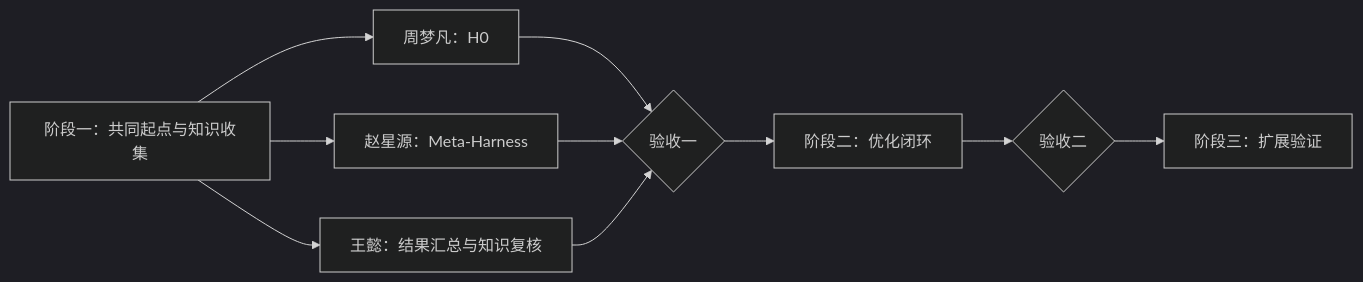
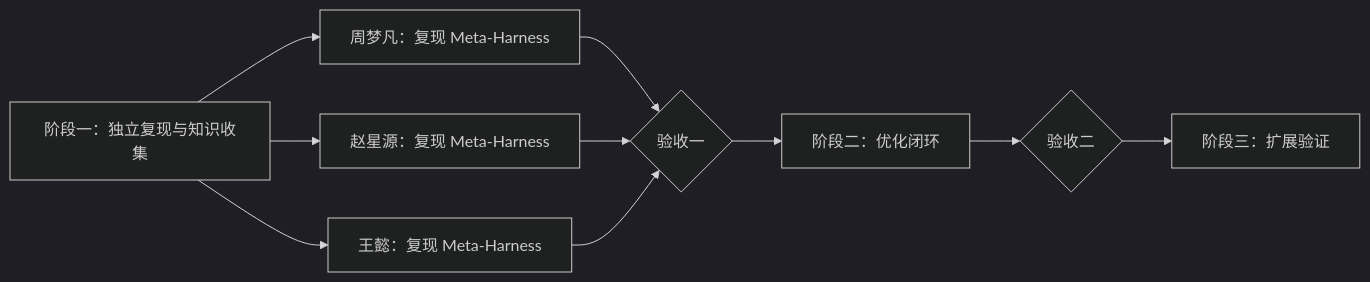
Before and after one commit to estreallaxy/knowledge-guided-harness-evolution: the diagram in docs/team-execution-plan.md, drawn with Mermaid (dark theme). The commit also changed other lines of this file and 3 other files, not shown here.

Commit message:
Assign Meta-Harness reproduction to all three members

````diff
--- a/docs/team-execution-plan.md
+++ b/docs/team-execution-plan.md
@@ -5,12 +5,12 @@
 ```mermaid
 flowchart LR
-    A[阶段一：共同起点与知识收集] --> A1[周梦凡：H0]
-    A --> A2[赵星源：Meta-Harness]
-    A --> A3[王懿：结果汇总与知识复核]
+    A[阶段一：独立复现与知识收集] --> A1[周梦凡：复现 Meta-Harness]
+    A --> A2[赵星源：复现 Meta-Harness]
+    A --> A3[王懿：复现 Meta-Harness]
     A1 --> B{验收一}
     A2 --> B
     A3 --> B
     B --> C[阶段二：优化闭环]
     C --> D{验收二}
     D --> E[阶段三：扩展验证]
 ```
````
